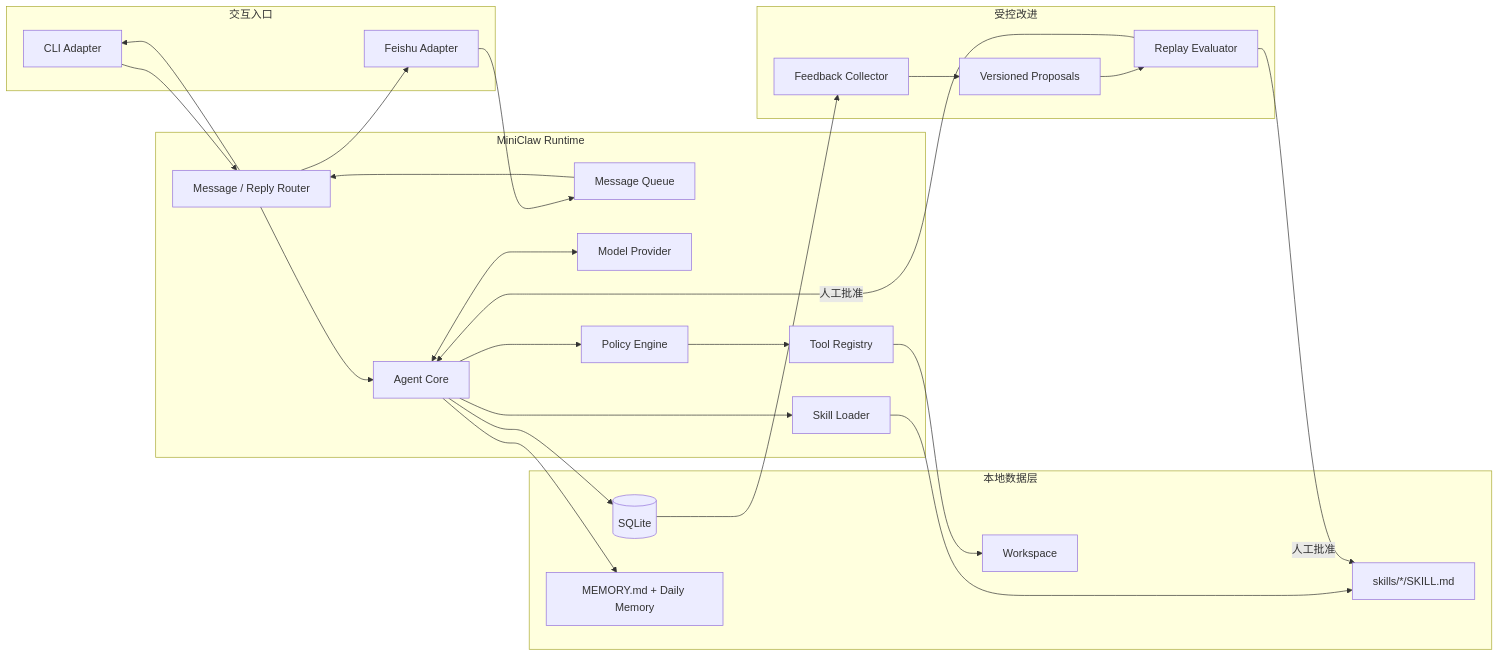
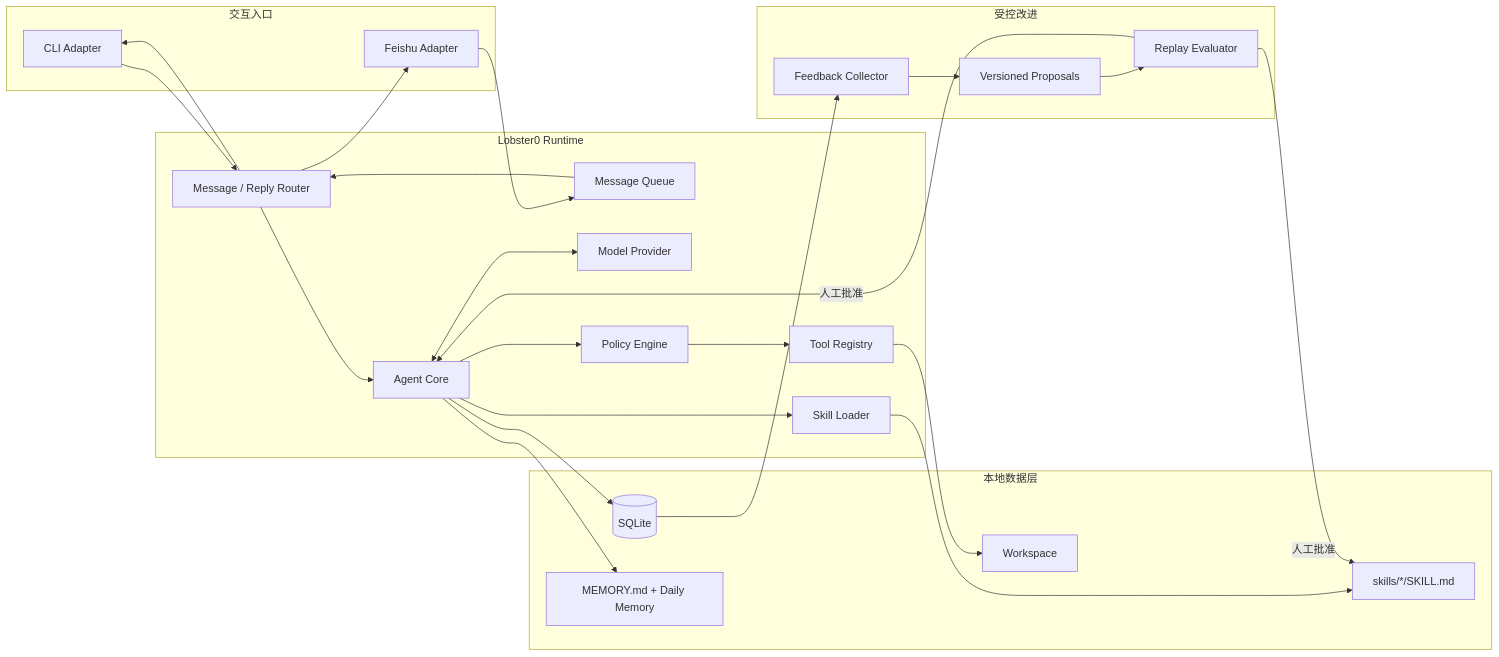
The seventh of 10 diagrams in docs/product/20260807_产品需求文档.md (NEDONION/lobster0), drawn with Mermaid before and after one commit. The commit also changed other lines of this file and 221 other files, not shown here.

````diff
--- a/docs/product/20260807_产品需求文档.md
+++ b/docs/product/20260807_产品需求文档.md
@@ -394,47 +394,47 @@
 ```mermaid
 flowchart LR
     subgraph ENTRY["交互入口"]
         CLI["CLI Adapter"]
         FEISHU["Feishu Adapter"]
     end
 
-    subgraph RUNTIME["MiniClaw Runtime"]
+    subgraph RUNTIME["Lobster0 Runtime"]
         QUEUE["Message Queue"]
         ROUTER["Message / Reply Router"]
         AGENT["Agent Core"]
         MODEL["Model Provider"]
         TOOLREG["Tool Registry"]
         POLICY["Policy Engine"]
         SKILLS["Skill Loader"]
     end
 
     subgraph DATA["本地数据层"]
         DB[("SQLite")]
         WORKSPACE["Workspace"]
         MEMORY["MEMORY.md + Daily Memory"]
         SKILLFILES["skills/*/SKILL.md"]
     end
 
     subgraph IMPROVE["受控改进"]
         FEEDBACK["Feedback Collector"]
         EVAL["Replay Evaluator"]
         PROPOSAL["Versioned Proposals"]
     end
 
     CLI --> ROUTER
     FEISHU --> QUEUE --> ROUTER
     ROUTER --> AGENT
     AGENT <--> MODEL
     AGENT --> POLICY --> TOOLREG
     AGENT --> SKILLS
     AGENT --> DB
     TOOLREG --> WORKSPACE
     SKILLS --> SKILLFILES
     AGENT --> MEMORY
     ROUTER --> CLI
     ROUTER --> FEISHU
 
     DB --> FEEDBACK --> PROPOSAL --> EVAL
     EVAL -->|"人工批准"| SKILLFILES
     EVAL -->|"人工批准"| AGENT
 ```
````
